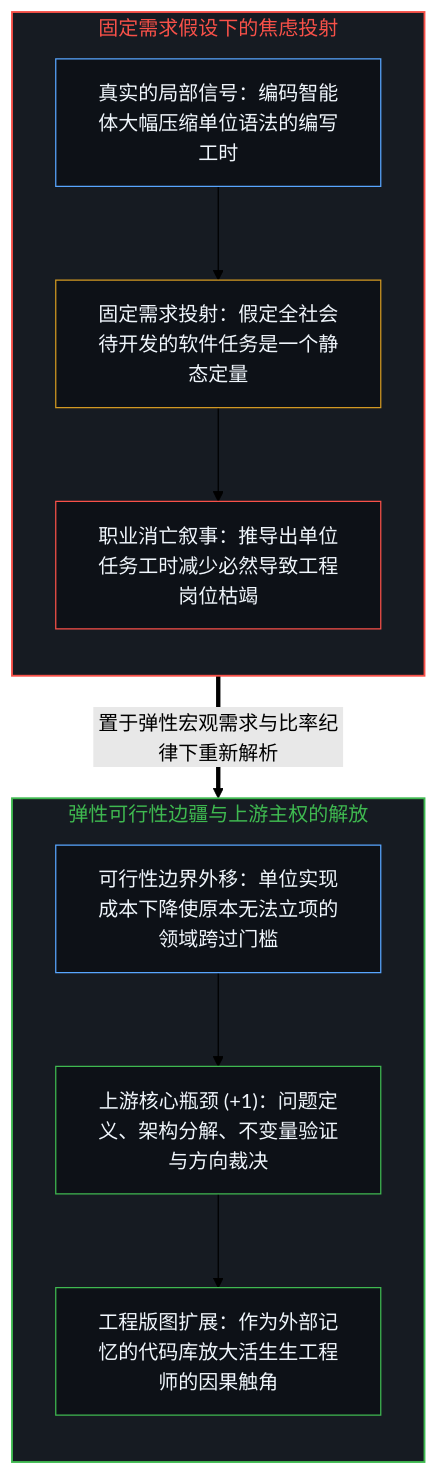
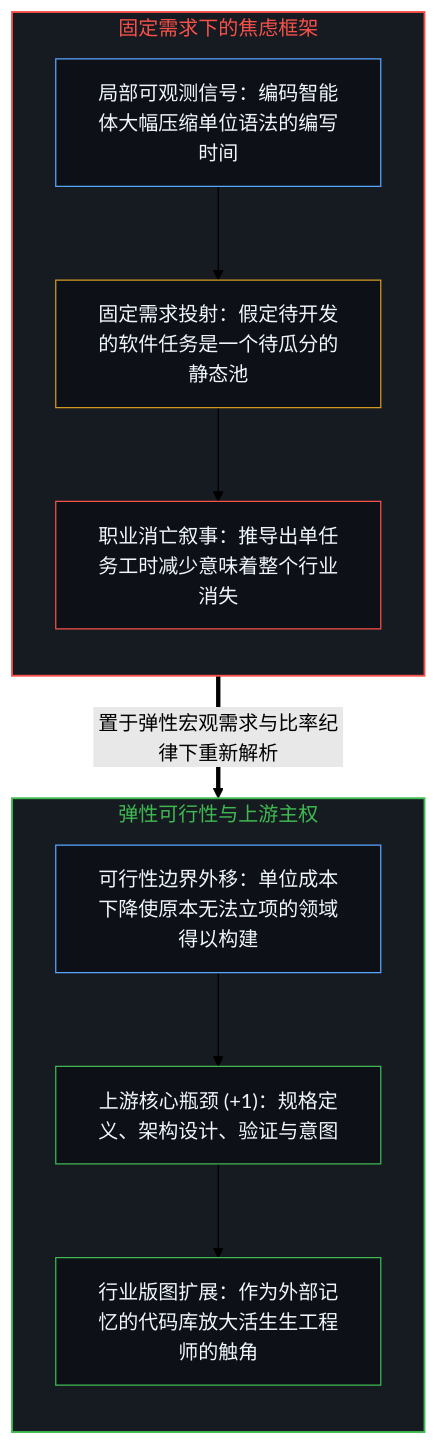
The first of 2 diagrams in content/posts/ai-wont-kill-software-engineering.md (powerpig99/not-a-toe), drawn with Mermaid (forest theme) before and after one commit. The commit also changed other lines of this file and 2 other files, not shown here.

````diff
--- a/content/posts/ai-wont-kill-software-engineering.md
+++ b/content/posts/ai-wont-kill-software-engineering.md
@@ -17,26 +17,26 @@
 ```mermaid
 flowchart TD
-    subgraph S_Collapse["固定需求假设下的焦虑投射"]
+    subgraph S_Collapse["固定需求下的焦虑框架"]
         direction TB
-        Signal["真实的局部信号：编码智能体大幅压缩单位语法的编写工时"]
-        Fixed["固定需求投射：假定全社会待开发的软件任务是一个静态定量"]
-        Panic["职业消亡叙事：推导出单位任务工时减少必然导致工程岗位枯竭"]
+        Signal["局部可观测信号：编码智能体大幅压缩单位语法的编写时间"]
+        Fixed["固定需求投射：假定待开发的软件任务是一个待瓜分的静态池"]
+        Panic["职业消亡叙事：推导出单任务工时减少意味着整个行业消失"]
         Signal --> Fixed --> Panic
     end
-    subgraph S_Expand["弹性可行性边疆与上游主权的解放"]
+    subgraph S_Expand["弹性可行性与上游主权"]
         direction TB
-        Threshold["可行性边界外移：单位实现成本下降使原本无法立项的领域跨过门槛"]
-        Upstream["上游核心瓶颈 (+1)：问题定义、架构分解、不变量验证与方向裁决"]
-        Expand["工程版图扩展：作为外部记忆的代码库放大活生生工程师的因果触角"]
+        Threshold["可行性边界外移：单位成本下降使原本无法立项的领域得以构建"]
+        Upstream["上游核心瓶颈 (+1)：规格定义、架构设计、验证与意图"]
+        Expand["行业版图扩展：作为外部记忆的代码库放大活生生工程师的触角"]
         Threshold --> Upstream --> Expand
     end
     Signal ==>|"置于弹性宏观需求与比率纪律下重新解析"| Threshold
     style S_Collapse fill:#161b22,stroke:#f85149,stroke-width:1.5px,color:#f85149
     style S_Expand fill:#161b22,stroke:#3fb950,stroke-width:1.5px,color:#3fb950
     style Signal fill:#0d1117,stroke:#58a6ff,stroke-width:1px,color:#f0f6fc
     style Fixed fill:#0d1117,stroke:#d29922,stroke-width:1px,color:#f0f6fc
     style Panic fill:#0d1117,stroke:#f85149,stroke-width:1px,color:#f0f6fc
     style Threshold fill:#0d1117,stroke:#58a6ff,stroke-width:1px,color:#f0f6fc
     style Upstream fill:#0d1117,stroke:#3fb950,stroke-width:1px,color:#f0f6fc
     style Expand fill:#0d1117,stroke:#3fb950,stroke-width:1px,color:#f0f6fc
 ```
````
